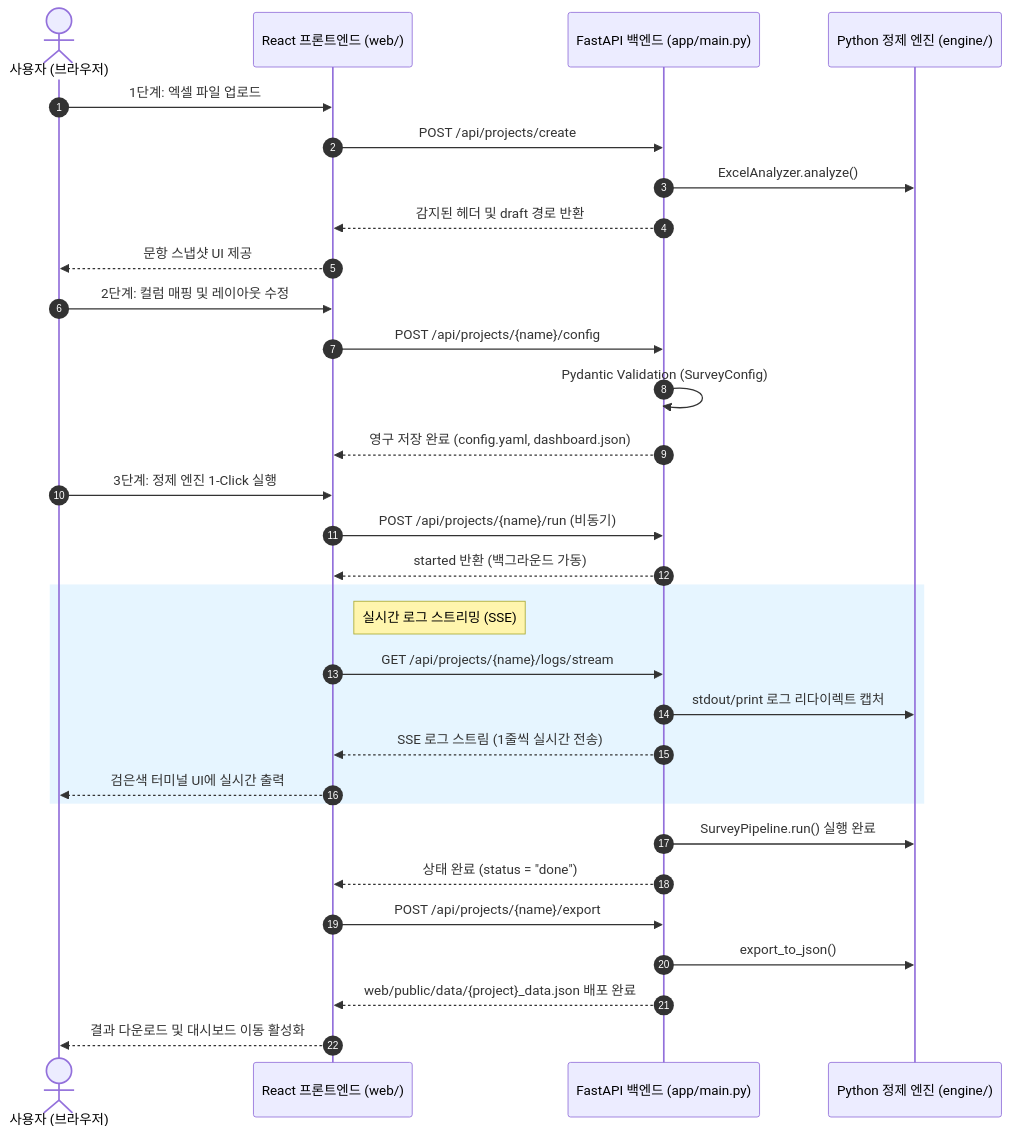
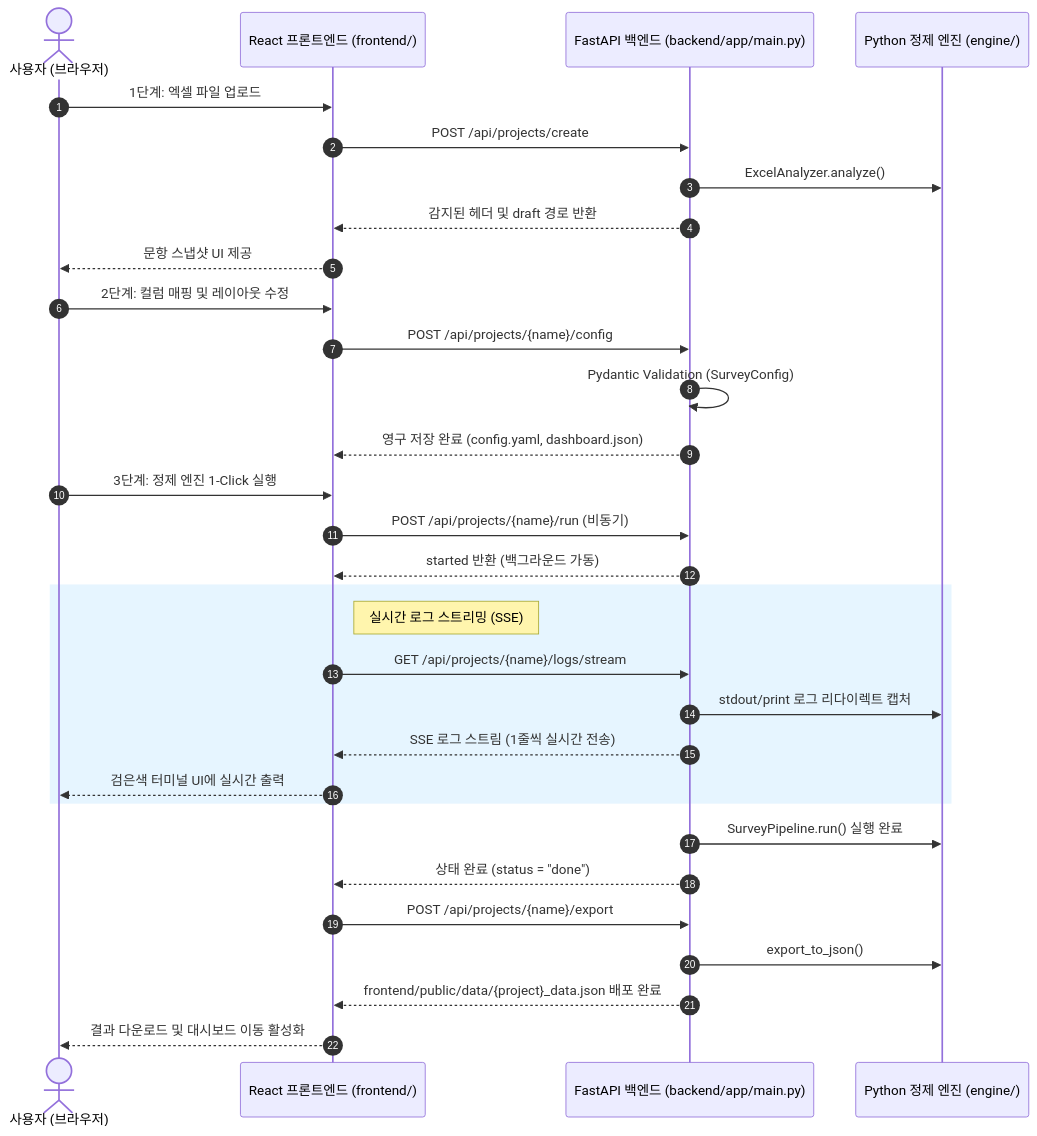
The second of 2 diagrams in README.md (chamgil71/clearsurvey), drawn with Mermaid before and after one commit. The commit also changed other lines of this file and 29 other files, not shown here.

````diff
--- a/README.md
+++ b/README.md
@@ -60,38 +60,38 @@
 ```mermaid
 sequenceDiagram
     autonumber
     actor User as 사용자 (브라우저)
-    participant Client as React 프론트엔드 (web/)
-    participant API as FastAPI 백엔드 (app/main.py)
+    participant Client as React 프론트엔드 (frontend/)
+    participant API as FastAPI 백엔드 (backend/app/main.py)
     participant Engine as Python 정제 엔진 (engine/)
 
     User->>Client: 1단계: 엑셀 파일 업로드
     Client->>API: POST /api/projects/create
     API->>Engine: ExcelAnalyzer.analyze()
     API-->>Client: 감지된 헤더 및 draft 경로 반환
     Client-->>User: 문항 스냅샷 UI 제공
 
     User->>Client: 2단계: 컬럼 매핑 및 레이아웃 수정
     Client->>API: POST /api/projects/{name}/config
     API->>API: Pydantic Validation (SurveyConfig)
     API-->>Client: 영구 저장 완료 (config.yaml, dashboard.json)
 
     User->>Client: 3단계: 정제 엔진 1-Click 실행
     Client->>API: POST /api/projects/{name}/run (비동기)
     API-->>Client: started 반환 (백그라운드 가동)
     
     rect rgb(230, 245, 255)
         note right of Client: 실시간 로그 스트리밍 (SSE)
         Client->>API: GET /api/projects/{name}/logs/stream
         API->>Engine: stdout/print 로그 리다이렉트 캡처
         API-->>Client: SSE 로그 스트림 (1줄씩 실시간 전송)
         Client-->>User: 검은색 터미널 UI에 실시간 출력
     end
 
     API->>Engine: SurveyPipeline.run() 실행 완료
     API-->>Client: 상태 완료 (status = "done")
     Client->>API: POST /api/projects/{name}/export
     API->>Engine: export_to_json()
-    API-->>Client: web/public/data/{project}_data.json 배포 완료
+    API-->>Client: frontend/public/data/{project}_data.json 배포 완료
     Client-->>User: 결과 다운로드 및 대시보드 이동 활성화
 ```
````
